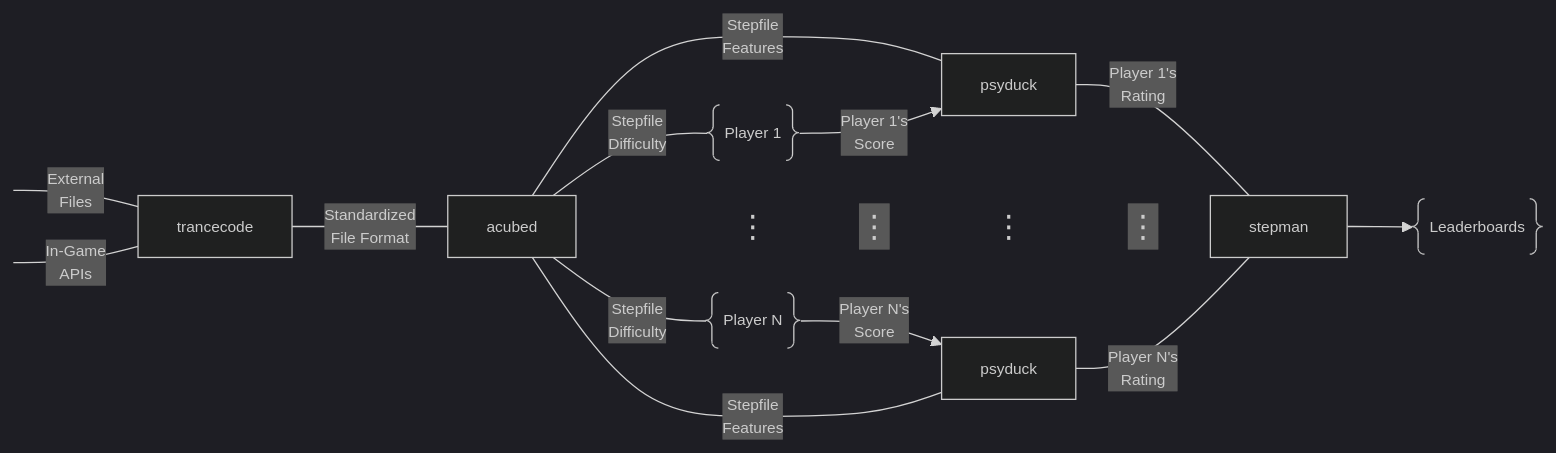
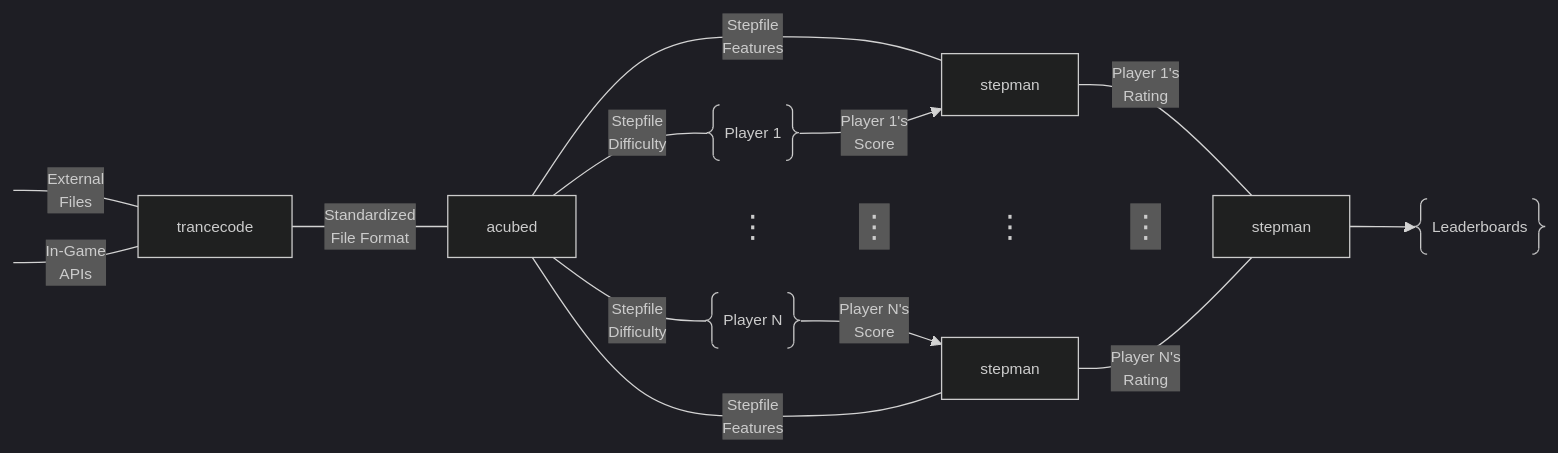
Before and after one commit to stepmanai/.github: the diagram in profile/README.md, drawn with Mermaid. The commit also changed other lines of this file, not shown here.

````diff
--- a/profile/README.md
+++ b/profile/README.md
@@ -63,58 +62,58 @@
 ```mermaid
 %%{
   init: {
     'theme': 'dark',
     'themeVariables': {
       'fontFamily': 'courier',
       'fontSize': '12px',
       'secondaryColor': '#006100'
     }
   }
 }%%
 
 flowchart LR
 
 A1[ ]---|"External
 Files"|B@{label: "trancecode" };
 A4[ ]---|"In-Game
 APIs"|B;
 B ---|Standardized
 File Format| C@{ label: "acubed" };
 C---|"Stepfile
-Features"|D1@{ label: "psyduck" };
+Features"|D1@{ label: "stepman" };
 C---|"Stepfile
 Difficulty"|F@{ shape: braces, label: "Player 1" };
 F -->|Player 1's
 Score|D1;
 D1 ---|Player 1's
 Rating| D@{ label: "stepman" };
 D --> G@{shape: braces, label: "Leaderboards"};
 
 C ~~~ F3@{ label: "⋮" } ~~~ |⋮| D3["⋮"] ~~~ |⋮| D@{ label: "stepman" };
 
 C---|"Stepfile
 Difficulty"|F2@{ shape: braces, label: "Player N" };
 F2 -->|Player N's
 Score|D2;
 C---|"Stepfile
-Features"|D2@{ label: "psyduck" };
+Features"|D2@{ label: "stepman" };
 D2 ---|Player N's
 Rating| D@{ label: "stepman" };
 
 
 click B "https://github.com/stepmanai/trancecode";
 click C "https://github.com/stepmanai/acubed";
-click D1 "https://github.com/stepmanai/psyduck";
-click D2 "https://github.com/stepmanai/psyduck";
+click D1 "https://github.com/stepmanai/stepman";
+click D2 "https://github.com/stepmanai/stepman";
 click D "https://github.com/stepmanai/stepman";
 style A1 height:0px;
 style A4 height:0px;
 style D3 height:0px;
 style F3 height:0px;
 classDef test font-size:24px
 class F3 test
 class D3 test
 linkStyle 9 font-size:24px
 linkStyle 10 font-size:24px
 
 ``` 
````
